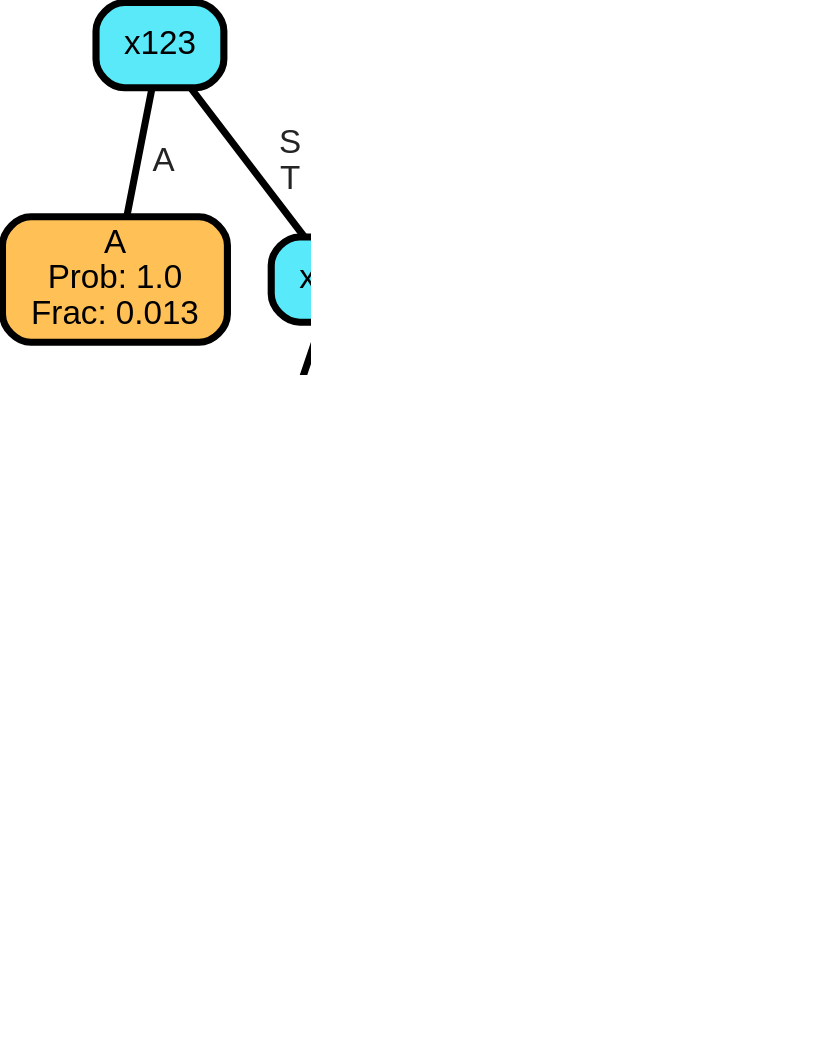
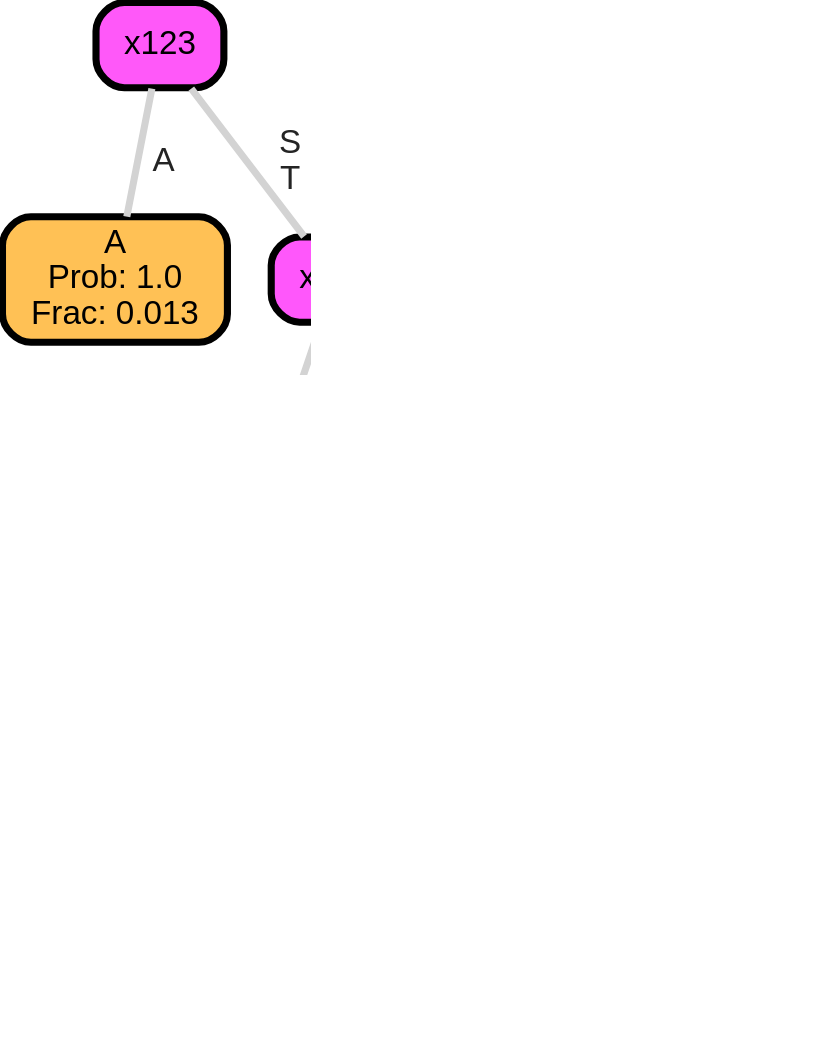
Before and after one commit to zeroknowledgediscovery/emergenet: the diagram in qnet_predictions/qnet_models/trees/136.dot, drawn with Graphviz. The commit also changed 1724 other files, not shown here.

```diff
--- a/qnet_predictions/qnet_models/trees/136.dot
+++ b/qnet_predictions/qnet_models/trees/136.dot
@@ -1,32 +1,32 @@
 graph Tree {
 node [shape=box, style="filled, rounded",color="black",penwidth="3",fontcolor="black",                 fontname=helvetica] ;
 graph [ranksep="0 equally", splines=straight,                 bgcolor=transparent, dpi=200] ;
-edge [fontname=helvetica, fontweight=bold,fontcolor=grey14,color=black] ;
+edge [fontname=helvetica, fontweight=bold,fontcolor=grey14,color=lightgray] ;
 0 [label="A
 Prob: 1.0
 Frac: 0.013", fillcolor="#ffc155"] ;
-1 [label="x123", fillcolor="#5ae9f9"] ;
+1 [label="x123", fillcolor="#ff58f9"] ;
 2 [label="T
 Prob: 1.0
-Frac: 0.938", fillcolor="#55ebff"] ;
-3 [label="x276", fillcolor="#58eafb"] ;
+Frac: 0.938", fillcolor="#ff55ff"] ;
+3 [label="x276", fillcolor="#ff57fb"] ;
 4 [label="A
 Prob: 1.0
 Frac: 0.013", fillcolor="#ffc155"] ;
-5 [label="x456", fillcolor="#9bd9b8"] ;
+5 [label="x456", fillcolor="#ff82b8"] ;
 6 [label="A
 Prob: 1.0
 Frac: 0.008", fillcolor="#ffc155"] ;
-7 [label="x525", fillcolor="#7ae1d9"] ;
+7 [label="x525", fillcolor="#ff6dd9"] ;
 8 [label="T
 Prob: 1.0
-Frac: 0.029", fillcolor="#55ebff"] ;
+Frac: 0.029", fillcolor="#ff55ff"] ;
 1 -- 0 [label=" A",penwidth=3] ;
 1 -- 3 [label=" S\n T",penwidth=3] ;
 3 -- 2 [label=" D",penwidth=3] ;
 3 -- 5 [label=" G\n N",penwidth=3] ;
 5 -- 4 [label=" F",penwidth=3] ;
 5 -- 7 [label=" L\n S",penwidth=3] ;
 7 -- 6 [label=" E",penwidth=3] ;
 7 -- 8 [label=" K\n R",penwidth=3] ;
 {rank = same;}}
```
